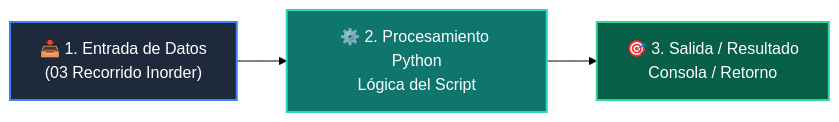
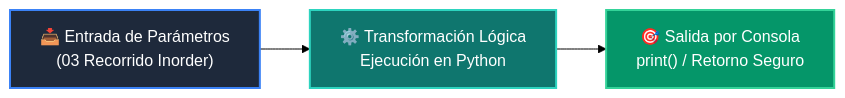
Before and after one commit to wisrovi/wisrovi-python: the diagram in 02-algoritmos-estructuras/clase-06-arboles-binarios-busqueda/ejemplos/ejemplo_03_recorrido_inorder/README.md, drawn with Mermaid (forest theme). The commit also changed other lines of this file and 226 other files, not shown here.

Commit message:
docs: elevate all repository READMEs to world-class mastery standard with rich pedagogical architecture, custom Mermaids, and professional styling

````diff
--- a/02-algoritmos-estructuras/clase-06-arboles-binarios-busqueda/ejemplos/ejemplo_03_recorrido_inorder/README.md
+++ b/02-algoritmos-estructuras/clase-06-arboles-binarios-busqueda/ejemplos/ejemplo_03_recorrido_inorder/README.md
@@ -12,9 +19,9 @@
 ```mermaid
 flowchart LR
-    A["📥 1. Entrada de Datos<br/>(03 Recorrido Inorder)"] --> B["⚙️ 2. Procesamiento Python<br/>Lógica del Script"]
-    B --> C["🎯 3. Salida / Resultado<br/>Consola / Retorno"]
+    A["📥 Entrada de Parámetros<br/>(03 Recorrido Inorder)"] --> B["⚙️ Transformación Lógica<br/>Ejecución en Python"]
+    B --> C["🎯 Salida por Consola<br/>print() / Retorno Seguro"]
 
-    style A fill:#1e293b,color:#fff,stroke:#3b82f6,stroke-width:2px
-    style B fill:#0f766e,color:#fff,stroke:#2dd4bf,stroke-width:2px
-    style C fill:#065f46,color:#fff,stroke:#34d399,stroke-width:2px
+    style A fill:#1e293b,color:#ffffff,stroke:#3b82f6,stroke-width:2px
+    style B fill:#0f766e,color:#ffffff,stroke:#2dd4bf,stroke-width:2px
+    style C fill:#059669,color:#ffffff,stroke:#34d399,stroke-width:2px
 ```
````
